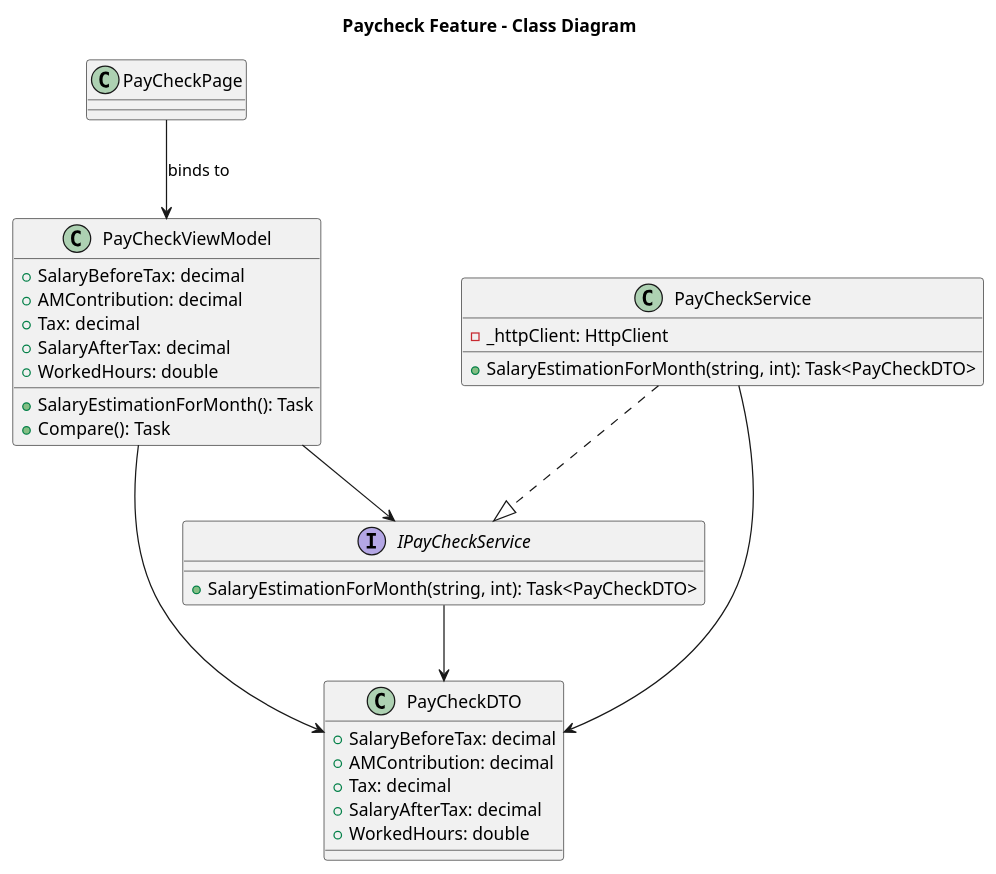
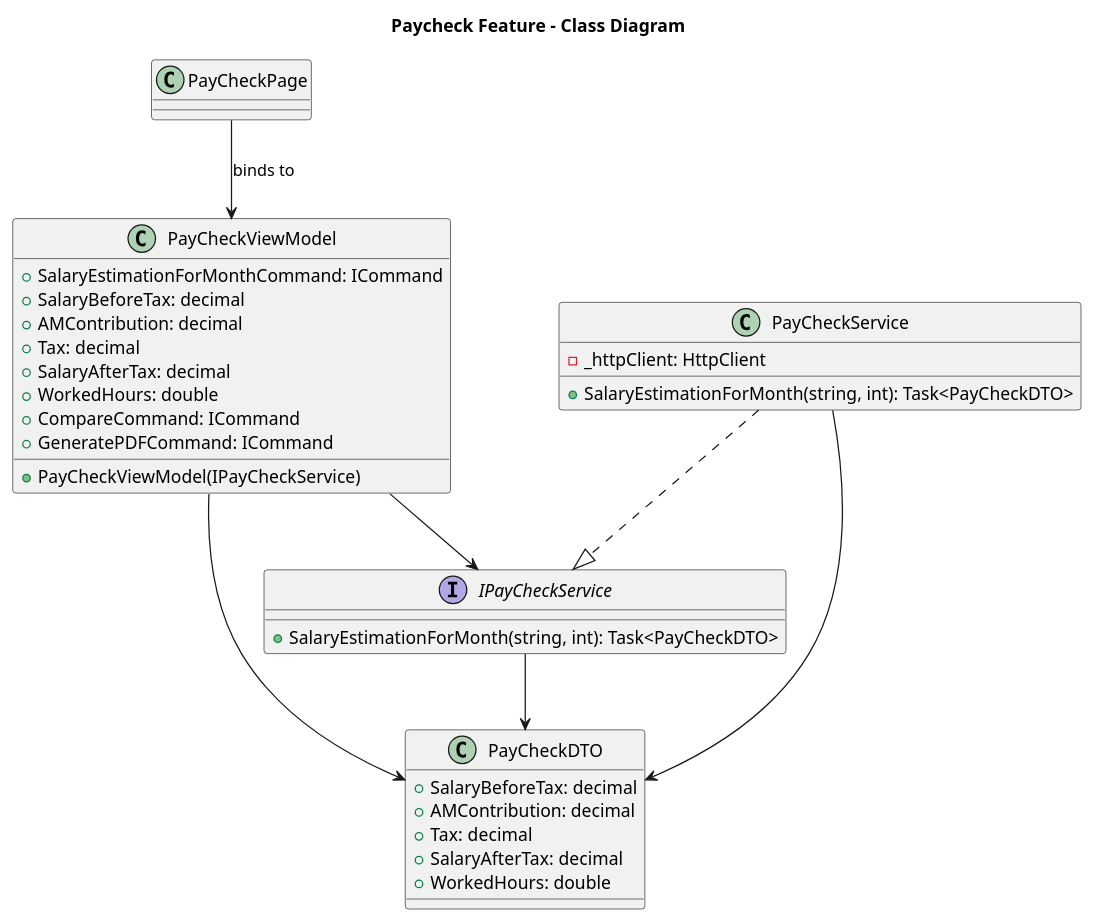
The diagram in diagrams/maui/paycheck.puml (a-chiha/FinanceTrackerBackend), drawn with PlantUML before and after one commit. The commit also changed 11 other files, not shown here.

```diff
--- a/diagrams/maui/paycheck.puml
+++ b/diagrams/maui/paycheck.puml
@@ -1,47 +1,49 @@
 @startuml
 title Paycheck Feature - Class Diagram
 
 ' UI Layer
 class PayCheckPage {
 }
 
 ' ViewModel
 class PayCheckViewModel {
-    +SalaryEstimationForMonth(): Task
+    +PayCheckViewModel(IPayCheckService)
+    +SalaryEstimationForMonthCommand: ICommand
     +SalaryBeforeTax: decimal
     +AMContribution: decimal
     +Tax: decimal
     +SalaryAfterTax: decimal
     +WorkedHours: double
-    + Compare(): Task
+    + CompareCommand: ICommand
+    + GeneratePDFCommand: ICommand
 }
 
 ' Service Interface
 interface IPayCheckService {
     +SalaryEstimationForMonth(string, int): Task<PayCheckDTO>
 }
 
 ' Service Implementation
 class PayCheckService {
     -_httpClient: HttpClient
     +SalaryEstimationForMonth(string, int): Task<PayCheckDTO>
 }
 
 ' DTO
 class PayCheckDTO {
     +SalaryBeforeTax: decimal
     +AMContribution: decimal
     +Tax: decimal
     +SalaryAfterTax: decimal
     +WorkedHours: double
 }
 
 ' Relationships
 PayCheckPage --> PayCheckViewModel : binds to
 PayCheckViewModel --> IPayCheckService
 PayCheckService ..|> IPayCheckService
 PayCheckService --> PayCheckDTO
 PayCheckViewModel --> PayCheckDTO
 IPayCheckService --> PayCheckDTO
 
 @enduml
```
